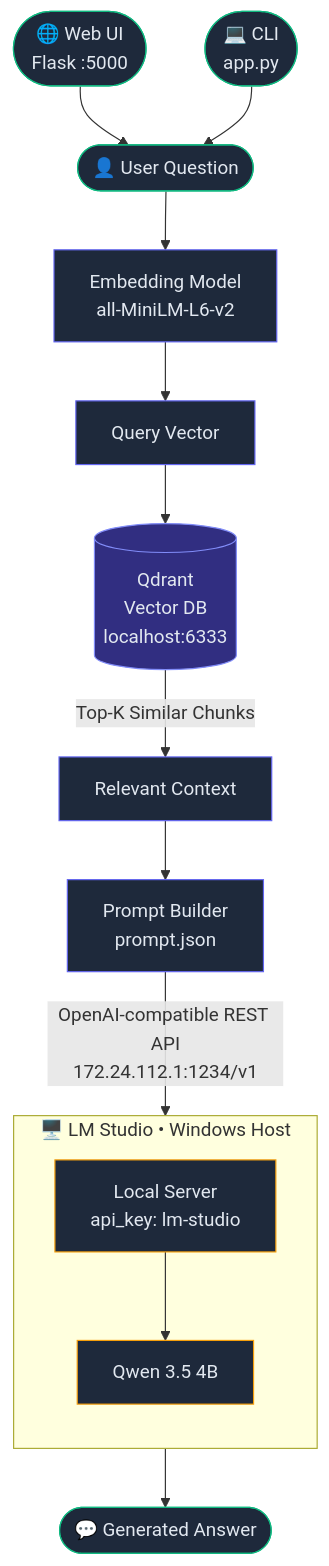
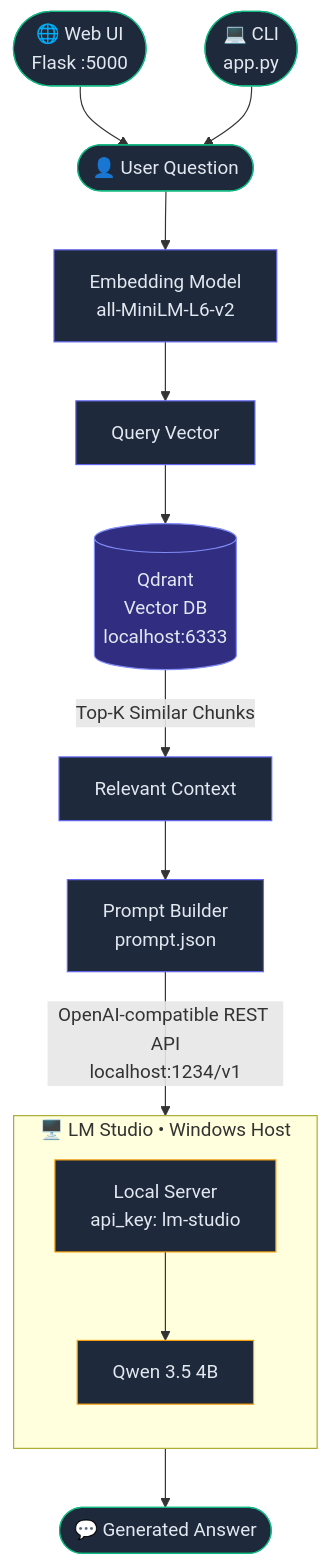
The second of 2 diagrams in README.md (dieforareason/rag-fitness-knowledge-base), drawn with Mermaid before and after one commit.

Commit message:
change local ip to localhost

````diff
--- a/README.md
+++ b/README.md
@@ -34,28 +34,28 @@
 ```mermaid
 flowchart TD
     WEB([🌐 Web UI\nFlask :5000]) --> Q
     CLI([💻 CLI\napp.py]) --> Q
     Q([👤 User Question]) --> QE[Embedding Model\nall-MiniLM-L6-v2]
     QE --> QV[Query Vector]
     QV --> VS[(Qdrant\nVector DB\nlocalhost:6333)]
     VS -->|Top-K Similar Chunks| CTX[Relevant Context]
     CTX --> P[Prompt Builder\nprompt.json]
-    P -->|OpenAI-compatible REST API\n172.24.112.1:1234/v1| LMSTUDIO
+    P -->|OpenAI-compatible REST API\nlocalhost:1234/v1| LMSTUDIO
     subgraph LMSTUDIO ["🖥️ LM Studio  •  Windows Host"]
         direction TB
         SERVER[Local Server\napi_key: lm-studio] --> MODEL[Qwen 3.5 4B]
     end
     LMSTUDIO --> ANS([💬 Generated Answer])
 
     style WEB fill:#1e293b,stroke:#10b981,color:#e2e8f0
     style CLI fill:#1e293b,stroke:#10b981,color:#e2e8f0
     style Q fill:#1e293b,stroke:#10b981,color:#e2e8f0
     style QE fill:#1e293b,stroke:#6366f1,color:#e2e8f0
     style QV fill:#1e293b,stroke:#6366f1,color:#e2e8f0
     style VS fill:#312e81,stroke:#818cf8,color:#e2e8f0
     style CTX fill:#1e293b,stroke:#6366f1,color:#e2e8f0
     style P fill:#1e293b,stroke:#6366f1,color:#e2e8f0
     style SERVER fill:#1e293b,stroke:#f59e0b,color:#e2e8f0
     style MODEL fill:#1e293b,stroke:#f59e0b,color:#e2e8f0
     style ANS fill:#1e293b,stroke:#10b981,color:#e2e8f0
 ```
````
